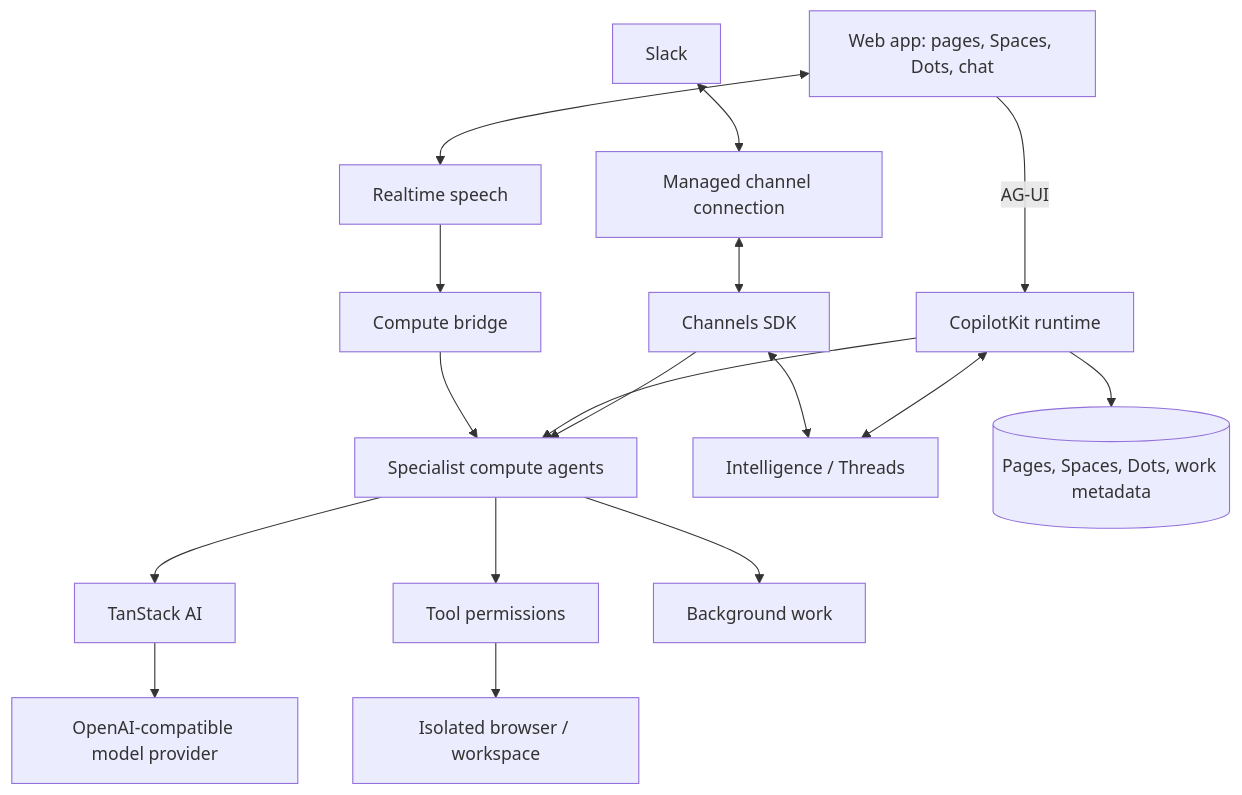
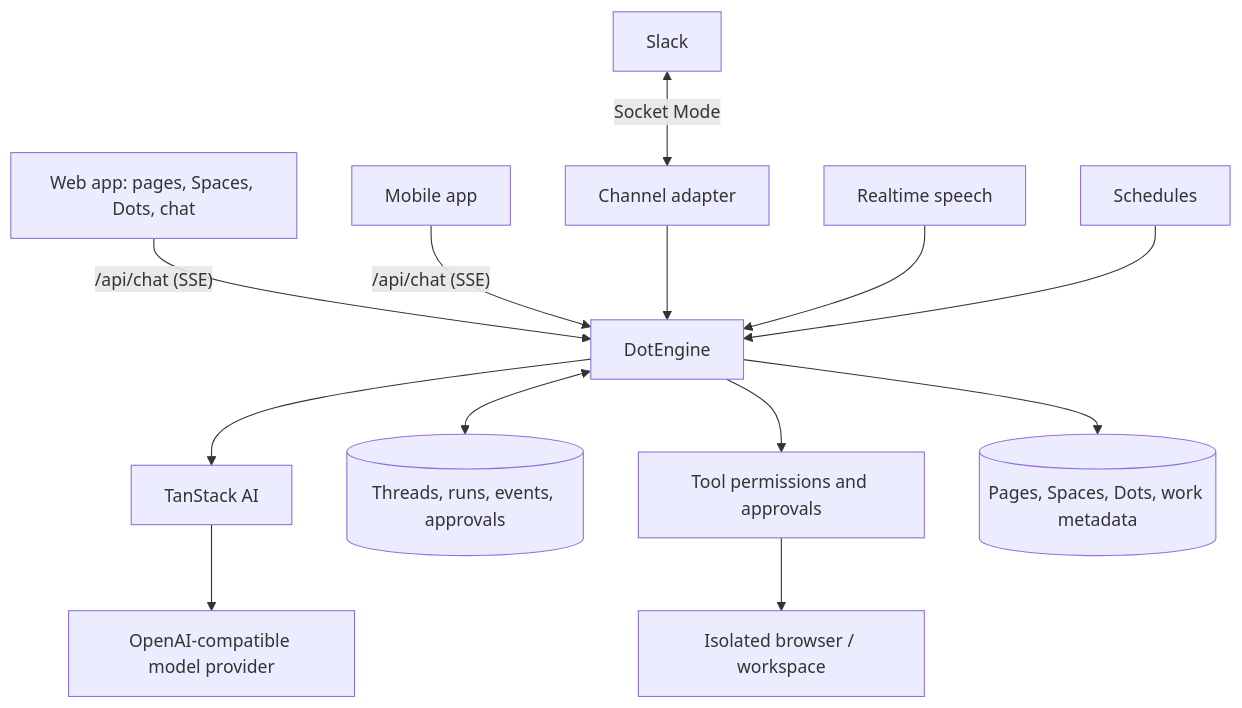
The diagram in README.md (BCalitz/OpenDots), drawn with Mermaid before and after one commit. The commit also changed other lines of this file and 13 other files, not shown here.

First line of the commit message:
Phase 4: docs, settings and roadmap for the own engine

````diff
--- a/README.md
+++ b/README.md
@@ -159,19 +157,15 @@
 ```mermaid
 flowchart TB
-  Web["Web app: pages, Spaces, Dots, chat"] -->|AG-UI| Runtime[CopilotKit runtime]
-  Slack[Slack] <--> Managed[Managed channel connection]
-  Managed <--> Channels[Channels SDK]
-  Channels --> Agents[Specialist compute agents]
-  Runtime --> Agents
-  Agents --> AI[TanStack AI]
+  Web["Web app: pages, Spaces, Dots, chat"] -->|"/api/chat (SSE)"| Engine[DotEngine]
+  Mobile[Mobile app] -->|"/api/chat (SSE)"| Engine
+  Slack[Slack] <-->|Socket Mode| Channel[Channel adapter]
+  Channel --> Engine
+  Speech[Realtime speech] --> Engine
+  Jobs[Schedules] --> Engine
+  Engine --> AI[TanStack AI]
   AI --> Provider[OpenAI-compatible model provider]
-  Runtime <--> Intelligence["Intelligence / Threads"]
-  Channels <--> Intelligence
-  Web <--> Speech[Realtime speech]
-  Speech --> Bridge[Compute bridge]
-  Bridge --> Agents
-  Agents --> Controls[Tool permissions]
+  Engine <--> Threads[("Threads, runs, events, approvals")]
+  Engine --> Controls[Tool permissions and approvals]
   Controls --> Computer[Isolated browser / workspace]
-  Agents --> Jobs[Background work]
-  Runtime --> Metadata[(Pages, Spaces, Dots, work metadata)]
+  Engine --> Metadata[(Pages, Spaces, Dots, work metadata)]
 ```
````
